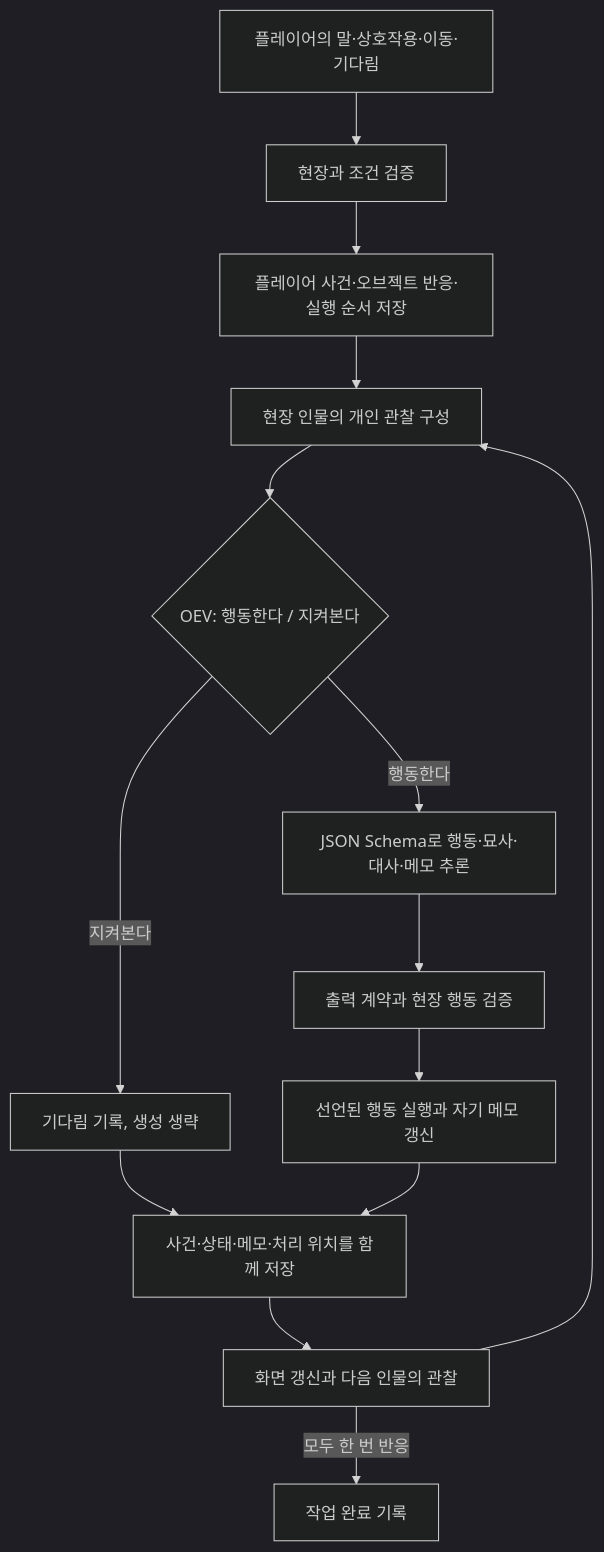
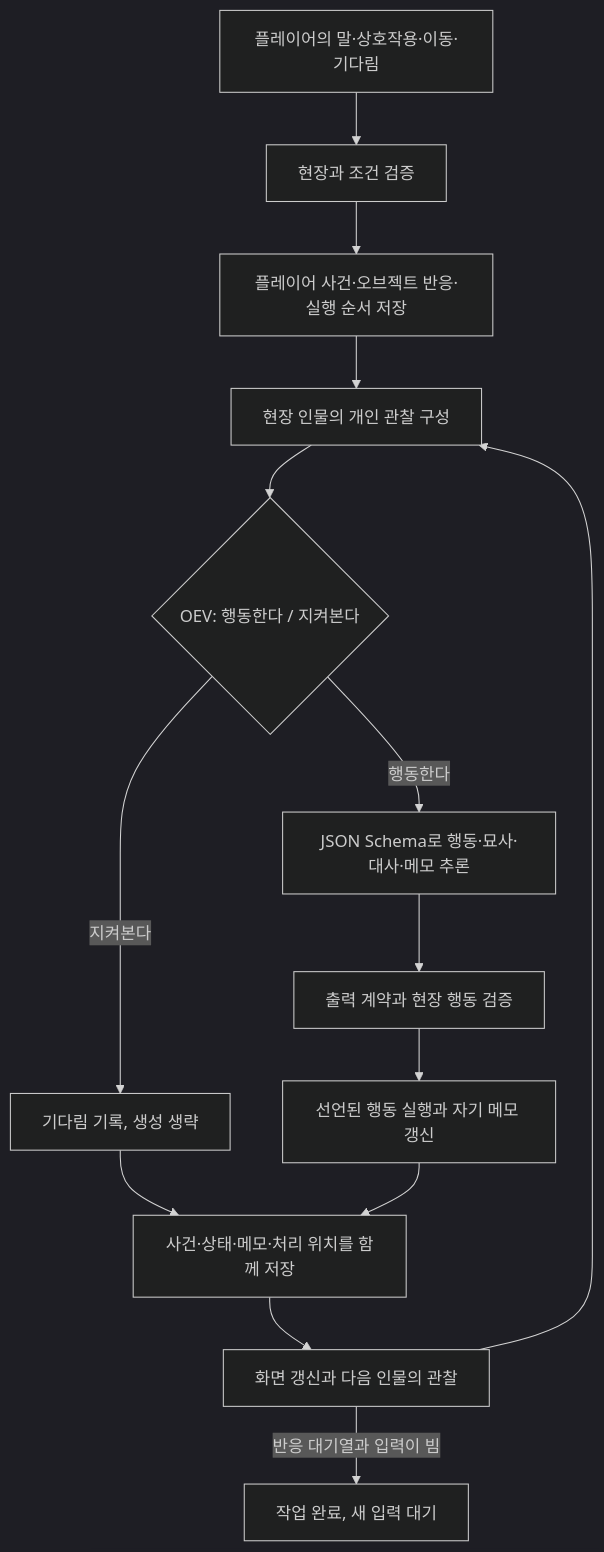
One commit to snowmerak/newera changed the diagram in docs/PRODUCT.md. Above: the diagram before and after it, drawn with Mermaid (dark theme). The commit also changed other lines of this file and 10 other files, not shown here.

````diff
--- a/docs/PRODUCT.md
+++ b/docs/PRODUCT.md
@@ -27,16 +27,16 @@
 ```mermaid
 flowchart TD
   P[플레이어의 말·상호작용·이동·기다림] --> V[현장과 조건 검증]
   V --> E[플레이어 사건·오브젝트 반응·실행 순서 저장]
   E --> O[현장 인물의 개인 관찰 구성]
   O --> D{OEV: 행동한다 / 지켜본다}
   D -->|지켜본다| W[기다림 기록, 생성 생략]
   D -->|행동한다| S[JSON Schema로 행동·묘사·대사·메모 추론]
   S --> V2[출력 계약과 현장 행동 검증]
   V2 --> R[선언된 행동 실행과 자기 메모 갱신]
   W --> C[사건·상태·메모·처리 위치를 함께 저장]
   R --> C
   C --> N[화면 갱신과 다음 인물의 관찰]
   N --> O
-  N -->|모두 한 번 반응| J[작업 완료 기록]
+  N -->|반응 대기열과 입력이 빔| J[작업 완료, 새 입력 대기]
 ```
````
